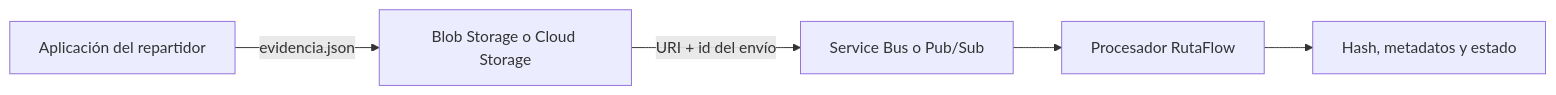
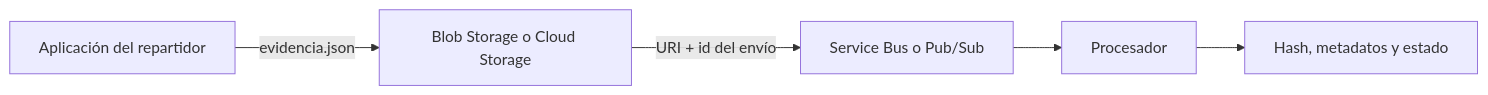
Before and after one commit to NICORUIZ93/Academia_Floci: the fourth of 4 diagrams in web/public/content/cloud/modulo-34.md, drawn with Mermaid. The commit also changed other lines of this file and 12 other files, not shown here.

First line of the commit message:
Cloud: complete RutaFlow purge (modulo-21 through 34)

````diff
--- a/web/public/content/cloud/modulo-34.md
+++ b/web/public/content/cloud/modulo-34.md
@@ -499,7 +499,7 @@
 ```mermaid
 flowchart LR
   Mobile["Aplicación del repartidor"] -->|"evidencia.json"| Storage["Blob Storage o Cloud Storage"]
   Storage -->|"URI + id del envío"| Event["Service Bus o Pub/Sub"]
-  Event --> Worker["Procesador RutaFlow"]
+  Event --> Worker["Procesador"]
   Worker --> Verify["Hash, metadatos y estado"]
 ```
````
